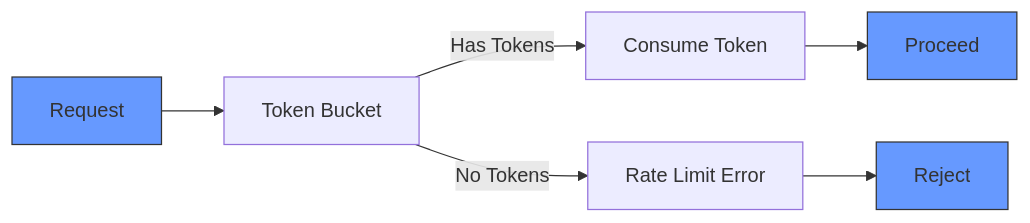
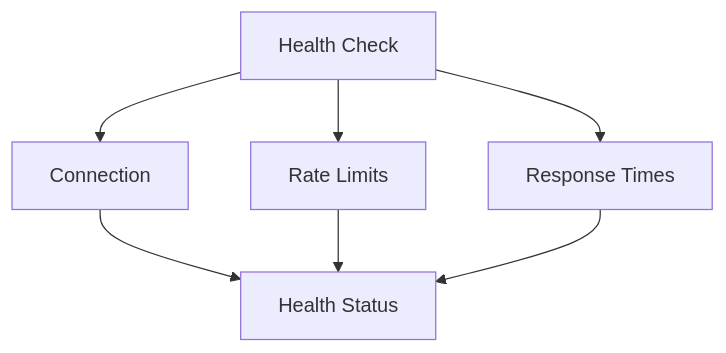
One commit to tonglam/letletme_data changed the fifth of 5 diagrams in documentation/design/HTTP_Client_Design.md. Above: the diagram before and after it, drawn with Mermaid. The commit also changed other lines of this file and 15 other files, not shown here.

````diff
--- a/documentation/design/HTTP_Client_Design.md
+++ b/documentation/design/HTTP_Client_Design.md
@@ -72,12 +236,7 @@
 ```mermaid
-graph LR
-    A[Request] --> B[Token Bucket]
-    B -->|Has Tokens| C[Consume Token]
-    B -->|No Tokens| D[Rate Limit Error]
-    C --> E[Proceed]
-    D --> F[Reject]
-
-    style A fill:#69f,stroke:#333
-    style E fill:#69f,stroke:#333
-    style F fill:#69f,stroke:#333
+graph TD
+    A[Health Check] --> B[Connection]
+    A --> C[Rate Limits]
+    A --> D[Response Times]
+    B & C & D --> E[Health Status]
 ```
````
